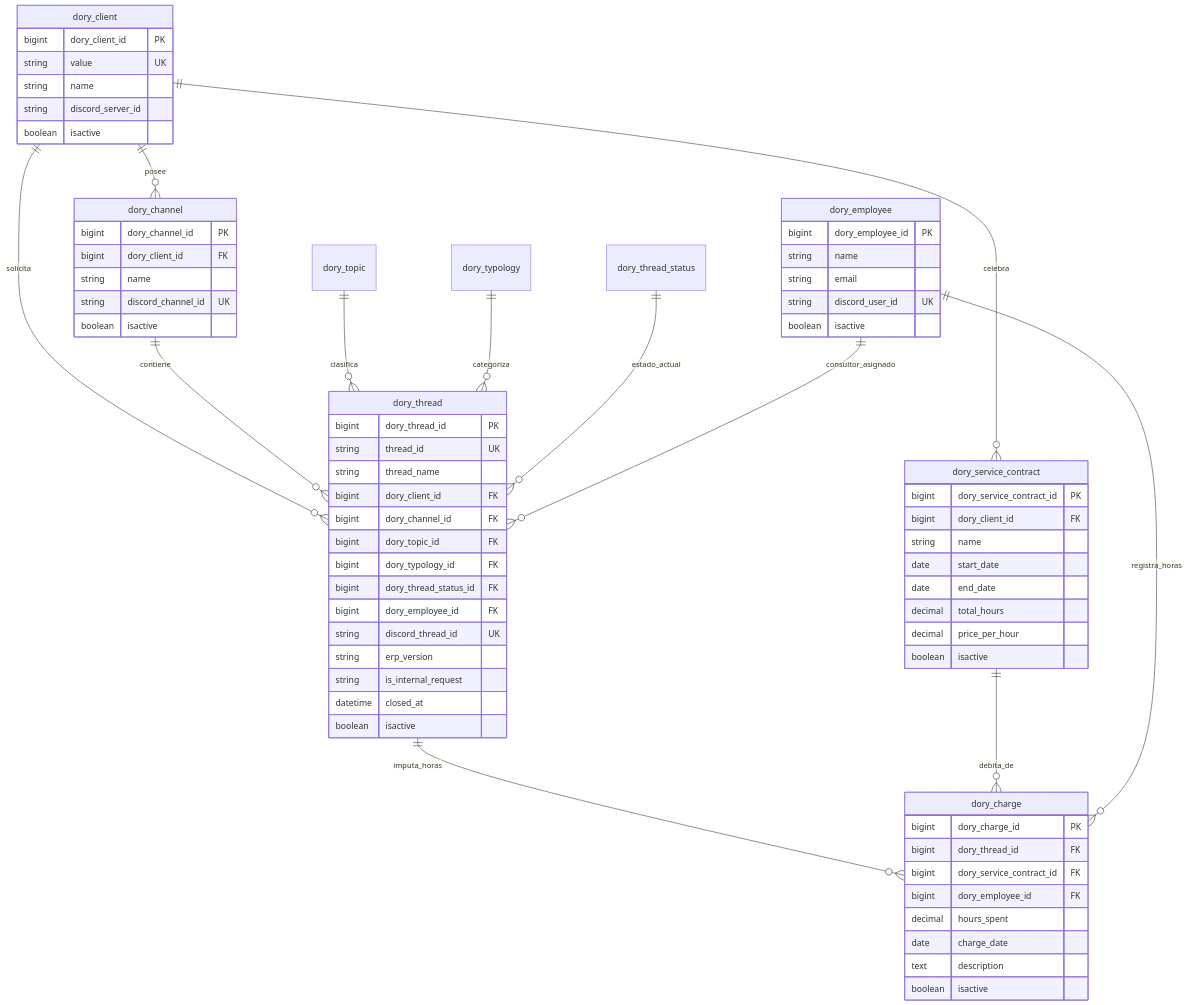
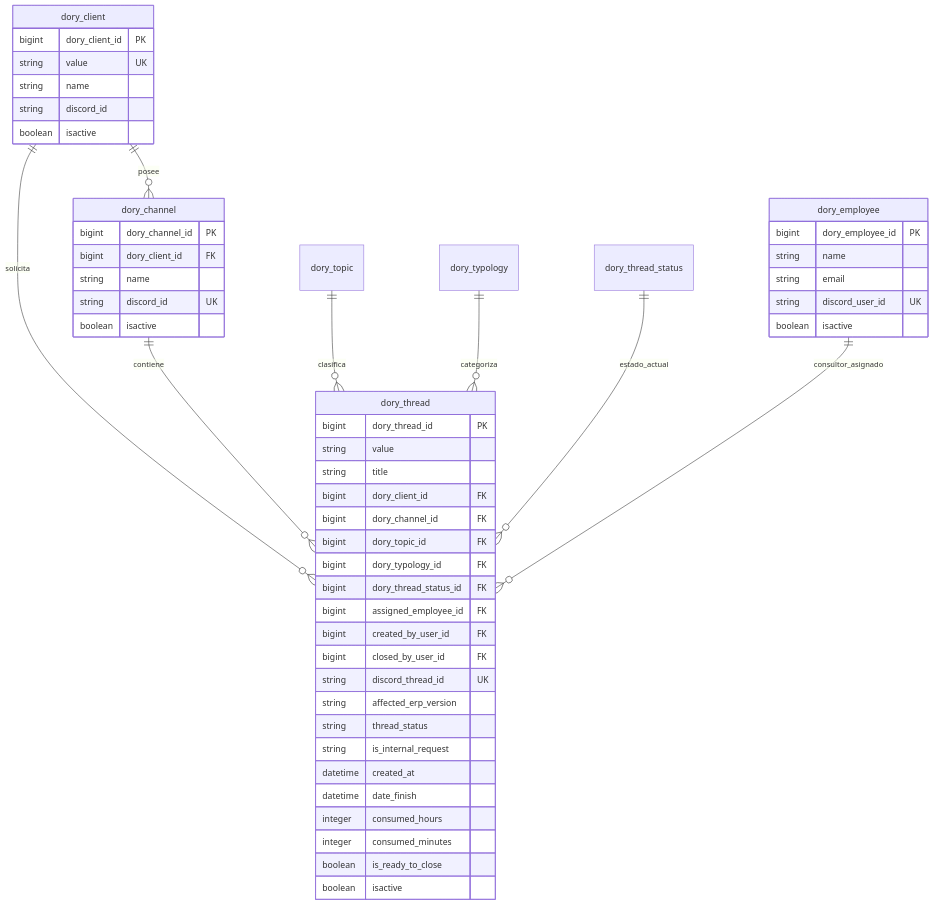
Diagram 11 of 13 in docs/proyectos/pst-4-arquitectura.md (jesusalbujas/CONTROL-PST), drawn with Mermaid before and after one commit. The commit also changed other lines of this file and 9 other files, not shown here.

````diff
--- a/docs/proyectos/pst-4-arquitectura.md
+++ b/docs/proyectos/pst-4-arquitectura.md
@@ -627,77 +445,59 @@
 ```mermaid
 erDiagram
     dory_client ||--o{ dory_channel : posee
     dory_client ||--o{ dory_thread : solicita
     dory_channel ||--o{ dory_thread : contiene
-    dory_client ||--o{ dory_service_contract : celebra
     dory_topic ||--o{ dory_thread : clasifica
     dory_typology ||--o{ dory_thread : categoriza
     dory_thread_status ||--o{ dory_thread : estado_actual
     dory_employee ||--o{ dory_thread : consultor_asignado
-    dory_thread ||--o{ dory_charge : imputa_horas
-    dory_service_contract ||--o{ dory_charge : debita_de
-    dory_employee ||--o{ dory_charge : registra_horas
 
     dory_client {
         bigint dory_client_id PK
         string value UK
         string name
-        string discord_server_id
+        string discord_id
         boolean isactive
     }
 
     dory_channel {
         bigint dory_channel_id PK
         bigint dory_client_id FK
         string name
-        string discord_channel_id UK
+        string discord_id UK
         boolean isactive
     }
 
     dory_employee {
         bigint dory_employee_id PK
         string name
         string email
         string discord_user_id UK
         boolean isactive
     }
 
     dory_thread {
         bigint dory_thread_id PK
-        string thread_id UK
-        string thread_name
+        string value
+        string title
         bigint dory_client_id FK
         bigint dory_channel_id FK
         bigint dory_topic_id FK
         bigint dory_typology_id FK
         bigint dory_thread_status_id FK
-        bigint dory_employee_id FK
+        bigint assigned_employee_id FK
+        bigint created_by_user_id FK
+        bigint closed_by_user_id FK
         string discord_thread_id UK
-        string erp_version
+        string affected_erp_version
+        string thread_status
         string is_internal_request
-        datetime closed_at
+        datetime created_at
+        datetime date_finish
+        integer consumed_hours
+        integer consumed_minutes
+        boolean is_ready_to_close
         boolean isactive
     }
 
-    dory_service_contract {
-        bigint dory_service_contract_id PK
-        bigint dory_client_id FK
-        string name
-        date start_date
-        date end_date
-        decimal total_hours
-        decimal price_per_hour
-        boolean isactive
-    }
-
-    dory_charge {
-        bigint dory_charge_id PK
-        bigint dory_thread_id FK
-        bigint dory_service_contract_id FK
-        bigint dory_employee_id FK
-        decimal hours_spent
-        date charge_date
-        text description
-        boolean isactive
-    }
 ```
````
